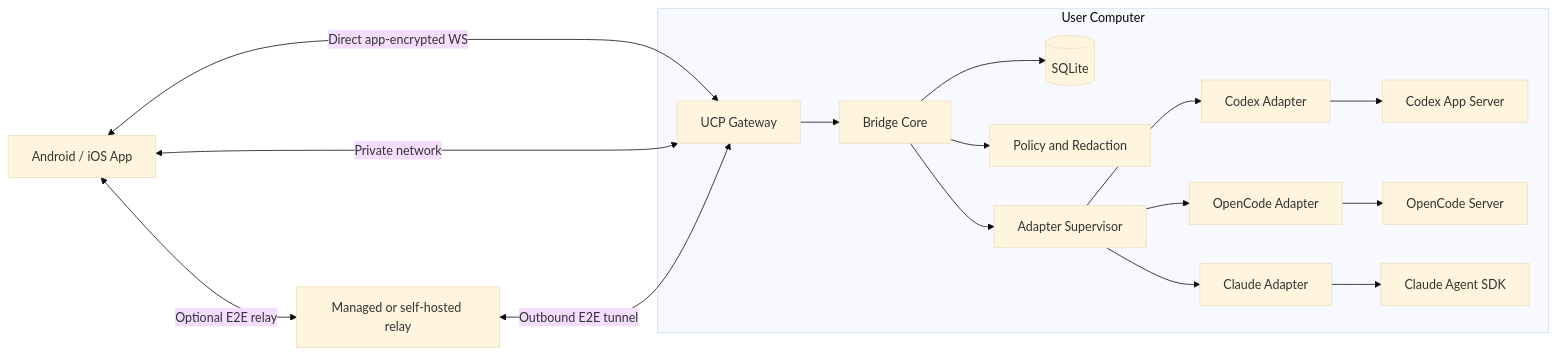
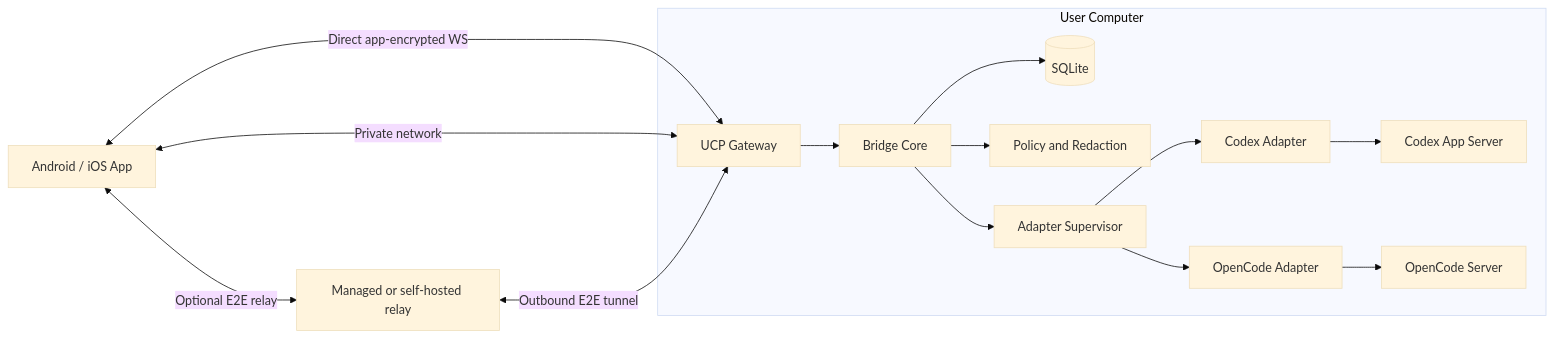
The diagram in docs/architecture/ARCHITECTURE.md (meharajM/agent-control-deck), drawn with Mermaid (base theme) before and after one commit. The commit also changed other lines of this file and 201 other files, not shown here.

````diff
--- a/docs/architecture/ARCHITECTURE.md
+++ b/docs/architecture/ARCHITECTURE.md
@@ -9,31 +9,28 @@
 ```mermaid
 flowchart LR
   Phone[Android / iOS App]
 
   subgraph Host[User Computer]
     Gateway[UCP Gateway]
     Core[Bridge Core]
     DB[(SQLite)]
     Policy[Policy and Redaction]
     Supervisor[Adapter Supervisor]
     CodexAdapter[Codex Adapter]
     OpenCodeAdapter[OpenCode Adapter]
-    ClaudeAdapter[Claude Adapter]
     Codex[Codex App Server]
     OpenCode[OpenCode Server]
-    Claude[Claude Agent SDK]
 
     Gateway --> Core
     Core --> DB
     Core --> Policy
     Core --> Supervisor
     Supervisor --> CodexAdapter --> Codex
     Supervisor --> OpenCodeAdapter --> OpenCode
-    Supervisor --> ClaudeAdapter --> Claude
   end
 
   Phone <-->|Direct app-encrypted WS| Gateway
   Phone <-->|Private network| Gateway
   Phone <-->|Optional E2E relay| Relay[Managed or self-hosted relay]
   Relay <-->|Outbound E2E tunnel| Gateway
 ```
````
